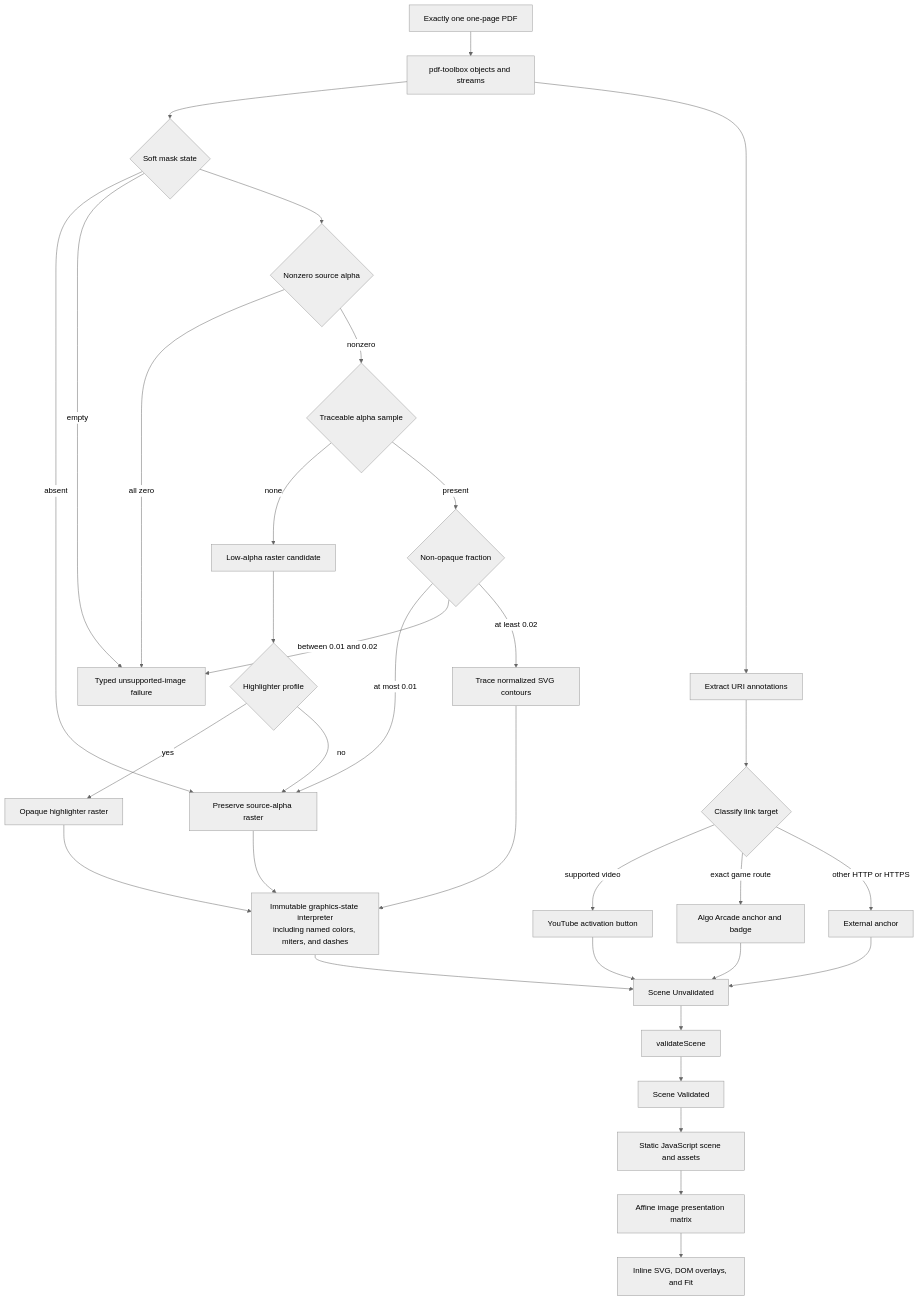
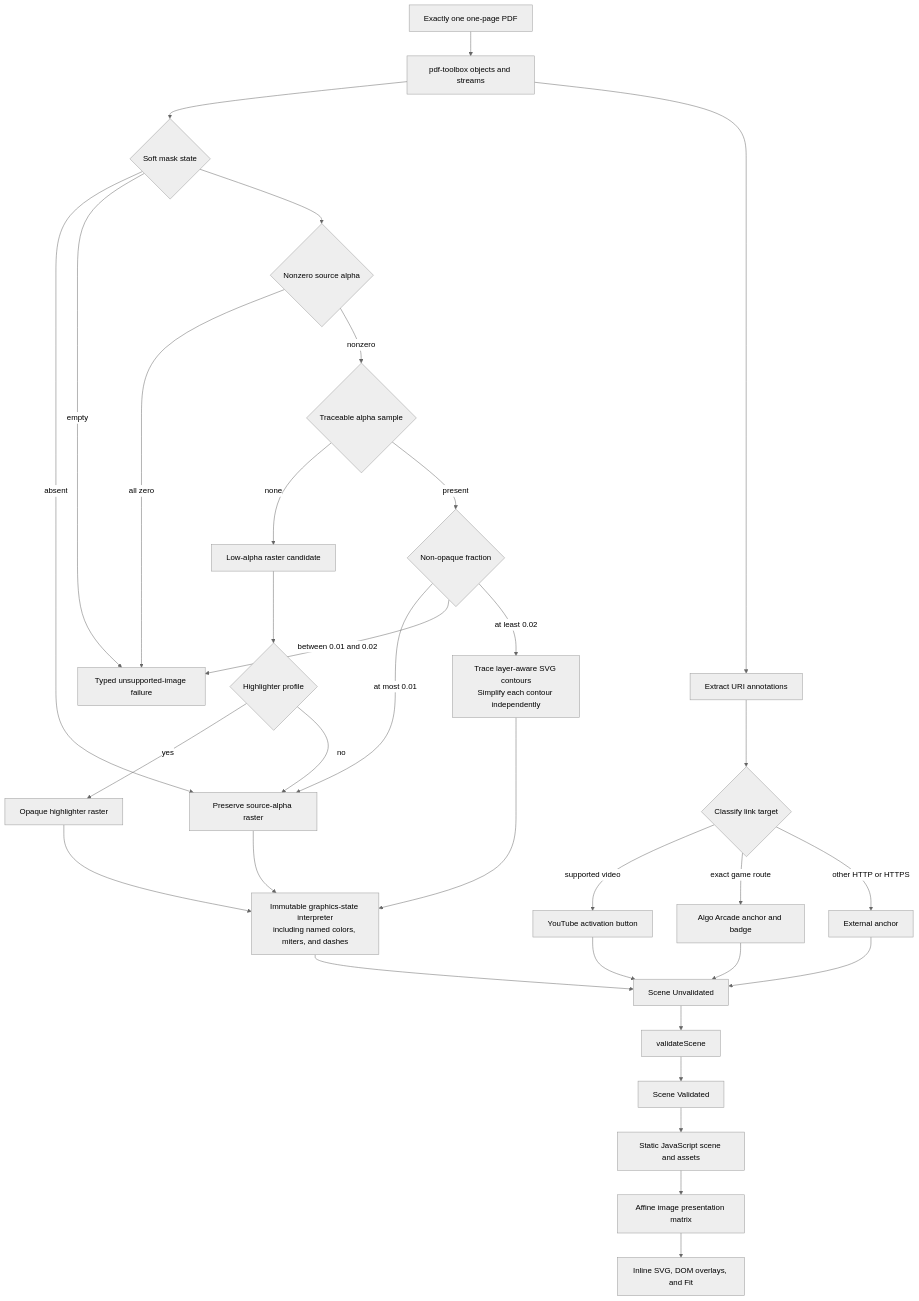
The third of 3 diagrams in docs/architecture.md (bajor/notes-website-factory-workflow), drawn with Mermaid (neutral theme) before and after one commit. The commit also changed other lines of this file and 8 other files, not shown here.

````diff
--- a/docs/architecture.md
+++ b/docs/architecture.md
@@ -76,52 +76,52 @@
 ```mermaid
 flowchart TD
   Input[Exactly one one-page PDF]
   Parse[pdf-toolbox objects and streams]
   Mask{Soft mask state}
   SourceAlpha{Nonzero source alpha}
   Traceable{Traceable alpha sample}
   Fraction{Non-opaque fraction}
   LowAlphaCandidate[Low-alpha raster candidate]
   Highlighter{Highlighter profile}
   Raster[Preserve source-alpha raster]
   OpaqueMarker[Opaque highlighter raster]
-  Vector[Trace normalized SVG contours]
+  Vector[Trace layer-aware SVG contours<br/>Simplify each contour independently]
   Reject[Typed unsupported-image failure]
   Links[Extract URI annotations]
   Target{Classify link target}
   YouTube[YouTube activation button]
   Game[Algo Arcade anchor and badge]
   External[External anchor]
   Interpret[Immutable graphics-state interpreter<br/>including named colors, miters, and dashes]
   Raw[Scene Unvalidated]
   Validate[validateScene]
   Valid[Scene Validated]
   Emit[Static JavaScript scene and assets]
   Affine[Affine image presentation matrix]
   Browser[Inline SVG, DOM overlays, and Fit]
 
   Input --> Parse --> Mask
   Parse --> Links --> Target
   Mask -->|absent| Raster
   Mask -->|empty| Reject
   Mask --> SourceAlpha
   SourceAlpha -->|all zero| Reject
   SourceAlpha -->|nonzero| Traceable
   Traceable -->|none| LowAlphaCandidate
   Traceable -->|present| Fraction
   Fraction -->|at most 0.01| Raster
   Fraction -->|between 0.01 and 0.02| Reject
   Fraction -->|at least 0.02| Vector
   Target -->|supported video| YouTube
   Target -->|exact game route| Game
   Target -->|other HTTP or HTTPS| External
   LowAlphaCandidate --> Highlighter
   Highlighter -->|yes| OpaqueMarker --> Interpret
   Highlighter -->|no| Raster --> Interpret
   Vector --> Interpret
   Interpret --> Raw
   YouTube --> Raw
   Game --> Raw
   External --> Raw
   Raw --> Validate --> Valid --> Emit --> Affine --> Browser
 ```
````
